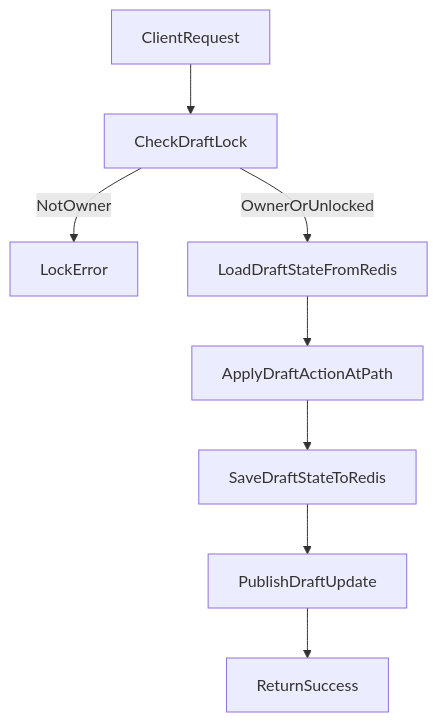
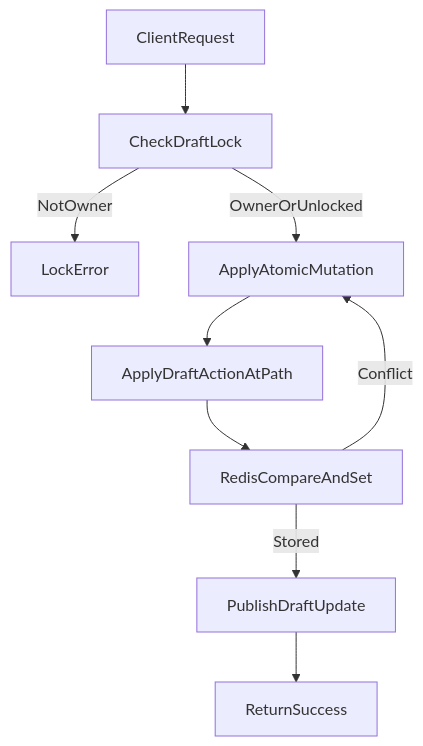
Before and after one commit to Cezero/dnd_tools: the diagram in packages/shared/docs/application-overview/session-state-management-backend.md, drawn with Mermaid. The commit also changed other lines of this file and 183 other files, not shown here.

````diff
--- a/packages/shared/docs/application-overview/session-state-management-backend.md
+++ b/packages/shared/docs/application-overview/session-state-management-backend.md
@@ -68,10 +68,11 @@
 ```mermaid
 flowchart TD
     ClientRequest[ClientRequest] --> CheckLock[CheckDraftLock]
     CheckLock -->|NotOwner| LockError[LockError]
-    CheckLock -->|OwnerOrUnlocked| LoadState[LoadDraftStateFromRedis]
-    LoadState --> ApplyPathUpdate[ApplyDraftActionAtPath]
-    ApplyPathUpdate --> SaveState[SaveDraftStateToRedis]
-    SaveState --> PublishUpdate[PublishDraftUpdate]
+    CheckLock -->|OwnerOrUnlocked| AtomicUpdate[ApplyAtomicMutation]
+    AtomicUpdate --> ApplyPathUpdate[ApplyDraftActionAtPath]
+    ApplyPathUpdate --> CompareAndSet[RedisCompareAndSet]
+    CompareAndSet -->|Conflict| AtomicUpdate
+    CompareAndSet -->|Stored| PublishUpdate[PublishDraftUpdate]
     PublishUpdate --> ClientResponse[ReturnSuccess]
 ```
````
